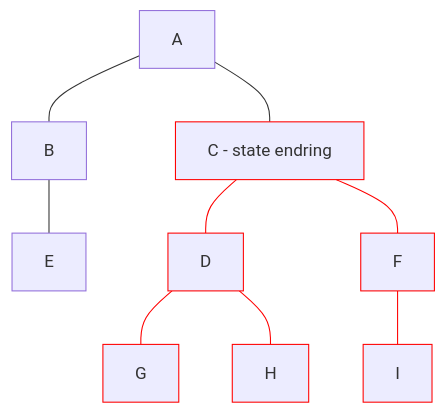
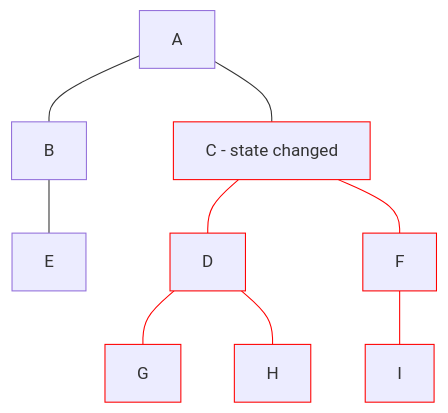
The diagram in slides/Reactivity in frontend frameworks and whats the deal with signals/pages/angular.md (gautemo/talks), drawn with Mermaid before and after one commit. The commit also changed other lines of this file and 9 other files, not shown here.

````diff
--- a/slides/Reactivity in frontend frameworks and whats the deal with signals/pages/angular.md
+++ b/slides/Reactivity in frontend frameworks and whats the deal with signals/pages/angular.md
@@ -160,18 +160,18 @@
 ```mermaid
 graph TD;
     A---B;
-    A---C[C - state endring];
+    A---C[C - state changed];
     B---E;
     C---D;
     C---F;
     D---G;
     D---H;
     F---I;
     linkStyle 3,4,5,6,7 stroke:#ff0000,color:red;
     style C stroke:#ff0000
     style D stroke:#ff0000
     style F stroke:#ff0000
     style G stroke:#ff0000
     style H stroke:#ff0000
     style I stroke:#ff0000
 ```
````
